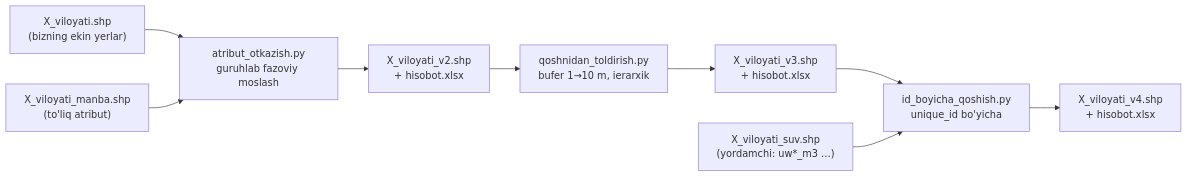
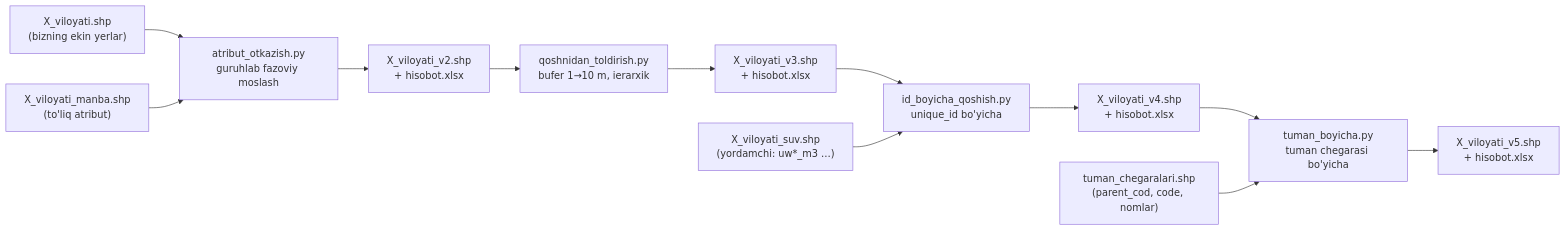
Before and after one commit to fazogird/viloyat_shp: the diagram in README.md, drawn with Mermaid. The commit also changed other lines of this file and 1 other file, not shown here.

First line of the commit message:
tuman_boyicha.py: tuman chegarasi bo'yicha viloyat va tuman kodlari

````diff
--- a/README.md
+++ b/README.md
@@ -38,11 +40,14 @@
 ```mermaid
 flowchart LR
     A["X_viloyati.shp<br/>(bizning ekin yerlar)"] --> P1["atribut_otkazish.py<br/>guruhlab fazoviy moslash"]
     M["X_viloyati_manba.shp<br/>(to'liq atribut)"] --> P1
     P1 --> B["X_viloyati_v2.shp<br/>+ hisobot.xlsx"]
     B --> P2["qoshnidan_toldirish.py<br/>bufer 1→10 m, ierarxik"]
     P2 --> C["X_viloyati_v3.shp<br/>+ hisobot.xlsx"]
     C --> P3["id_boyicha_qoshish.py<br/>unique_id bo'yicha"]
     Y["X_viloyati_suv.shp<br/>(yordamchi: uw*_m3 …)"] --> P3
     P3 --> D["X_viloyati_v4.shp<br/>+ hisobot.xlsx"]
+    D --> P4["tuman_boyicha.py<br/>tuman chegarasi bo'yicha"]
+    T["tuman_chegaralari.shp<br/>(parent_cod, code, nomlar)"] --> P4
+    P4 --> E["X_viloyati_v5.shp<br/>+ hisobot.xlsx"]
 ```
````
